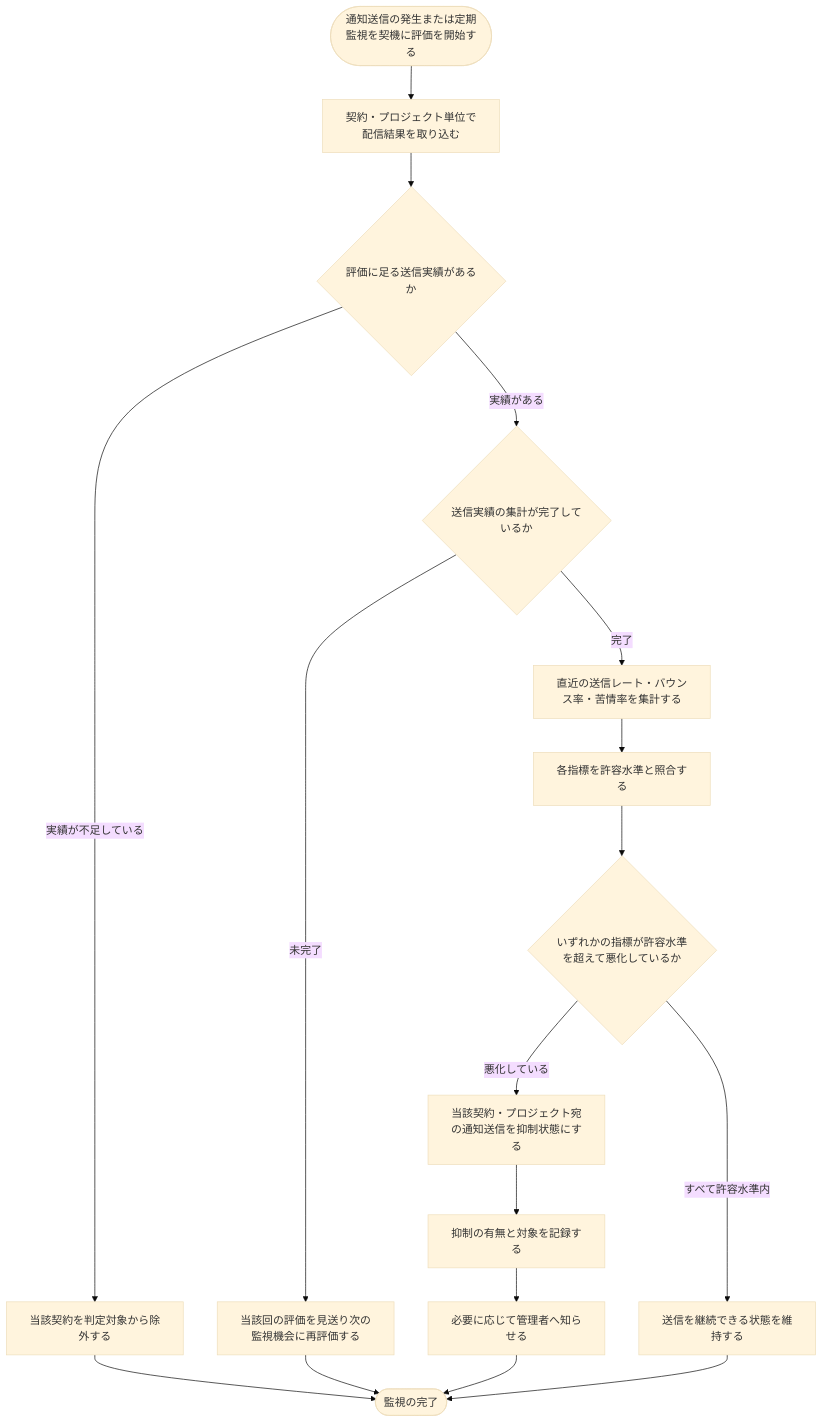
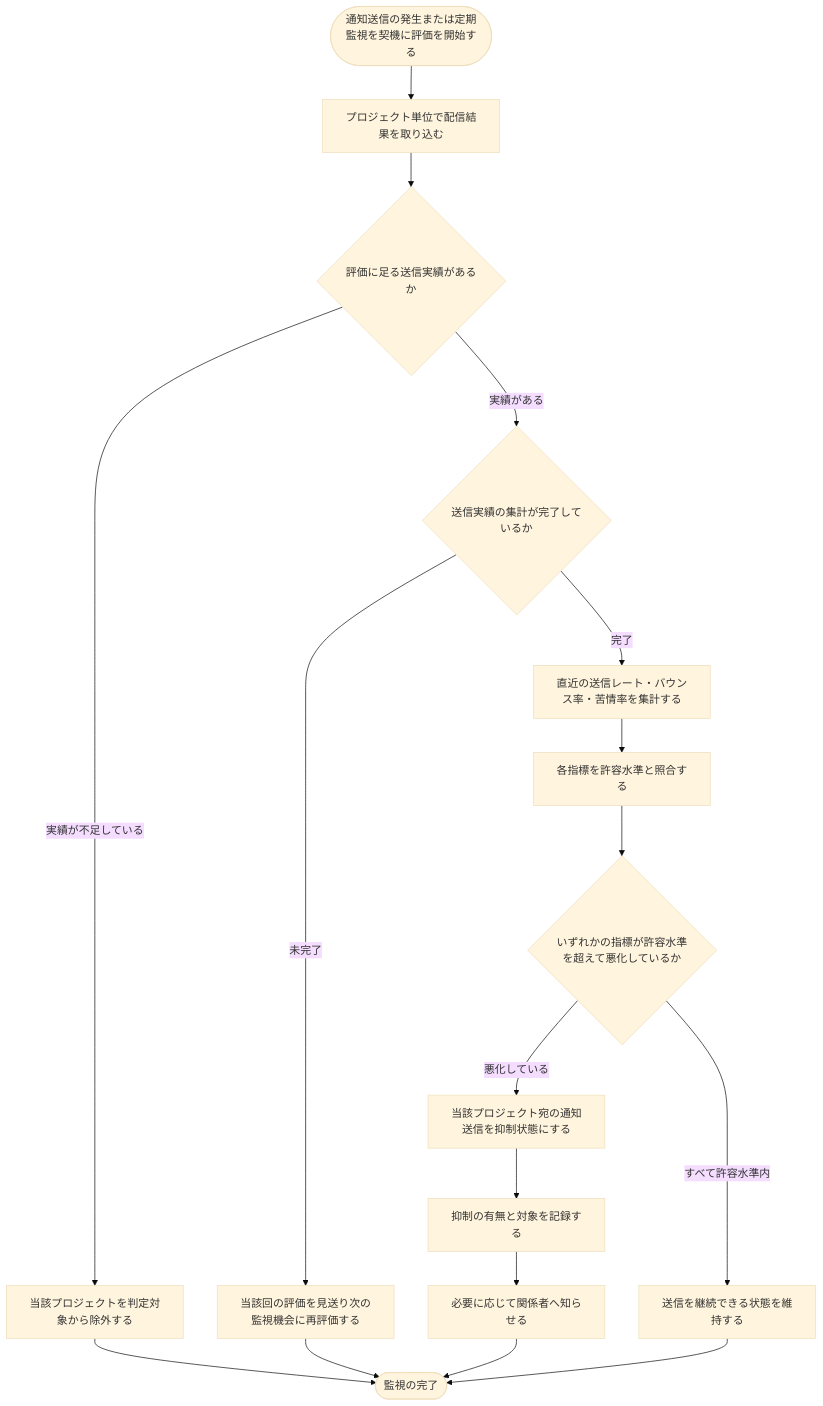
The diagram in 02_basic_design/02_backend/01_system/SYS-009.md (sikakou54/open-faq), drawn with Mermaid (base theme) before and after one commit. The commit also changed other lines of this file and 294 other files, not shown here.

````diff
--- a/02_basic_design/02_backend/01_system/SYS-009.md
+++ b/02_basic_design/02_backend/01_system/SYS-009.md
@@ -22,19 +22,19 @@
 ```mermaid
 flowchart TB
-  A([通知送信の発生または定期監視を契機に評価を開始する]) --> B[契約・プロジェクト単位で配信結果を取り込む]
+  A([通知送信の発生または定期監視を契機に評価を開始する]) --> B[プロジェクト単位で配信結果を取り込む]
   B --> C{評価に足る送信実績があるか}
-  C -->|実績が不足している| D[当該契約を判定対象から除外する]
+  C -->|実績が不足している| D[当該プロジェクトを判定対象から除外する]
   C -->|実績がある| E{送信実績の集計が完了しているか}
   E -->|未完了| F[当該回の評価を見送り次の監視機会に再評価する]
   E -->|完了| G[直近の送信レート・バウンス率・苦情率を集計する]
   G --> H[各指標を許容水準と照合する]
   H --> I{いずれかの指標が許容水準を超えて悪化しているか}
-  I -->|悪化している| J[当該契約・プロジェクト宛の通知送信を抑制状態にする]
+  I -->|悪化している| J[当該プロジェクト宛の通知送信を抑制状態にする]
   J --> K[抑制の有無と対象を記録する]
-  K --> L[必要に応じて管理者へ知らせる]
+  K --> L[必要に応じて関係者へ知らせる]
   I -->|すべて許容水準内| M[送信を継続できる状態を維持する]
   D --> N([監視の完了])
   F --> N
   L --> N
   M --> N
 ```
````
